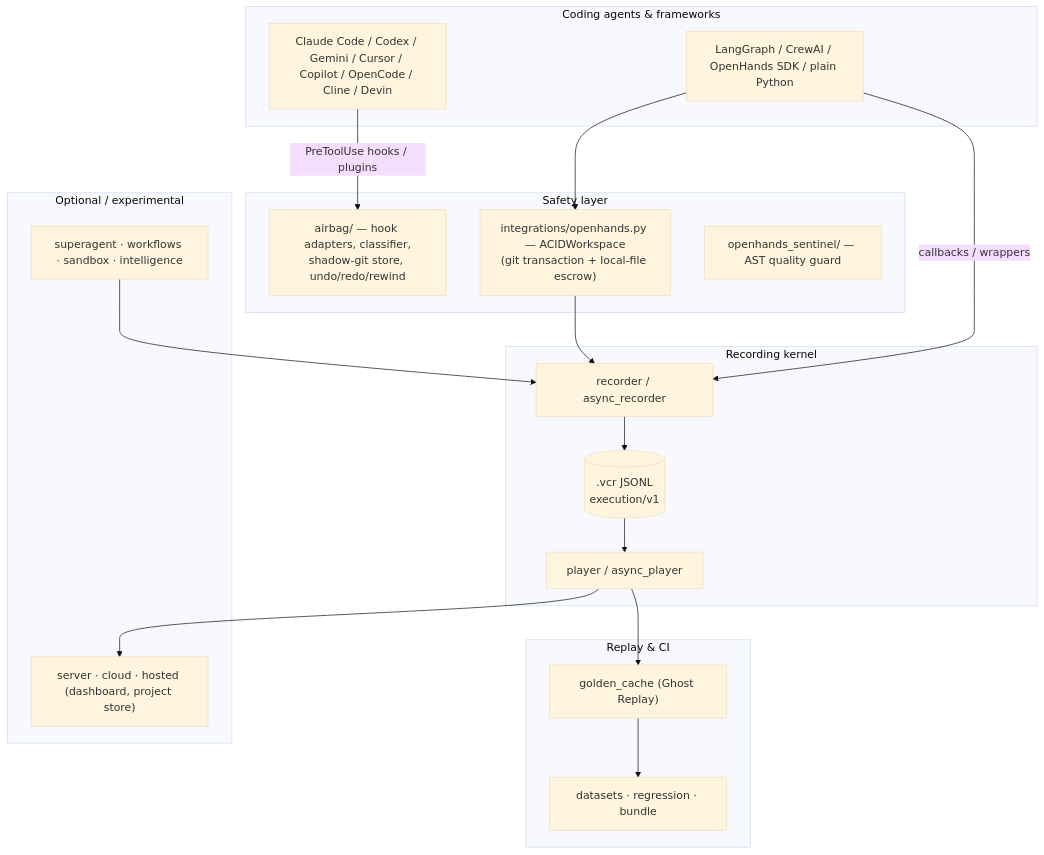
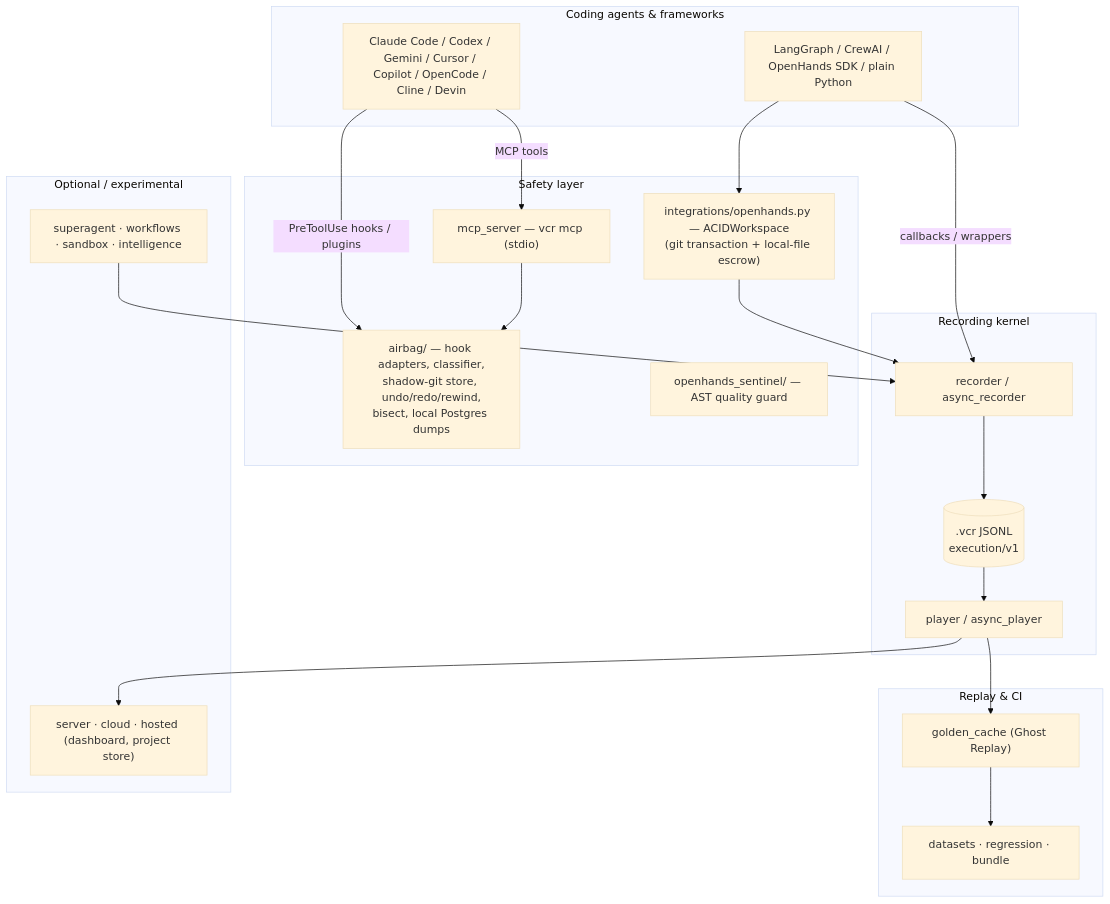
One commit to ixchio/agent-vcr changed the diagram in docs/architecture.md. Above: the diagram before and after it, drawn with Mermaid (base theme). The commit also changed other lines of this file and 1 other file, not shown here.

Commit message:
docs: architecture and AGENTS map cover bisect, databases, MCP and the pytest plugin

````diff
--- a/docs/architecture.md
+++ b/docs/architecture.md
@@ -19,31 +19,33 @@
 ```mermaid
 flowchart TB
     subgraph agents["Coding agents & frameworks"]
         CC[Claude Code / Codex / Gemini / Cursor / Copilot / OpenCode / Cline / Devin]
         FW[LangGraph / CrewAI / OpenHands SDK / plain Python]
     end
     subgraph safety["Safety layer"]
-        AB["airbag/ — hook adapters, classifier,<br/>shadow-git store, undo/redo/rewind"]
+        AB["airbag/ — hook adapters, classifier,<br/>shadow-git store, undo/redo/rewind,<br/>bisect, local Postgres dumps"]
+        MCP["mcp_server — vcr mcp (stdio)"]
         ACID["integrations/openhands.py — ACIDWorkspace<br/>(git transaction + local-file escrow)"]
         SEN["openhands_sentinel/ — AST quality guard"]
     end
     subgraph kernel["Recording kernel"]
         REC["recorder / async_recorder"] --> FILE[(".vcr JSONL<br/>execution/v1")]
         FILE --> PLAY["player / async_player"]
     end
     subgraph replay["Replay & CI"]
         GOLD["golden_cache (Ghost Replay)"]
         CI["datasets · regression · bundle"]
     end
     subgraph optional["Optional / experimental"]
         SRV["server · cloud · hosted (dashboard, project store)"]
         RT["superagent · workflows · sandbox · intelligence"]
     end
     CC -- "PreToolUse hooks / plugins" --> AB
+    CC -- "MCP tools" --> MCP --> AB
     FW -- "callbacks / wrappers" --> REC
     FW --> ACID
     ACID --> REC
     PLAY --> GOLD --> CI
     PLAY --> SRV
     RT --> REC
 ```
````
